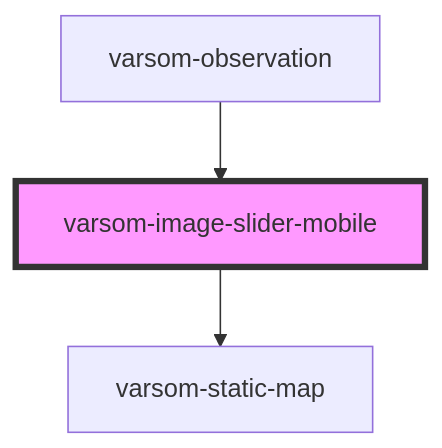
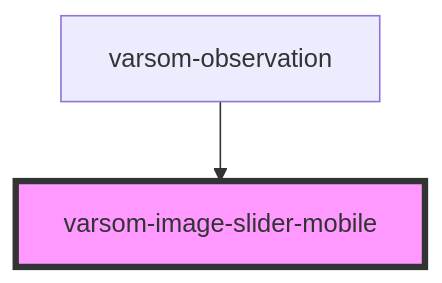
The diagram in src/components/varsom-image-slider-mobile/readme.md (NVE/varsom-observation), drawn with Mermaid before and after one commit. The commit also changed other lines of this file and 9 other files, not shown here.

````diff
--- a/src/components/varsom-image-slider-mobile/readme.md
+++ b/src/components/varsom-image-slider-mobile/readme.md
@@ -29,6 +25,5 @@
 ```mermaid
 graph TD;
-  varsom-image-slider-mobile --> varsom-static-map
   varsom-observation --> varsom-image-slider-mobile
   style varsom-image-slider-mobile fill:#f9f,stroke:#333,stroke-width:4px
 ```
````
